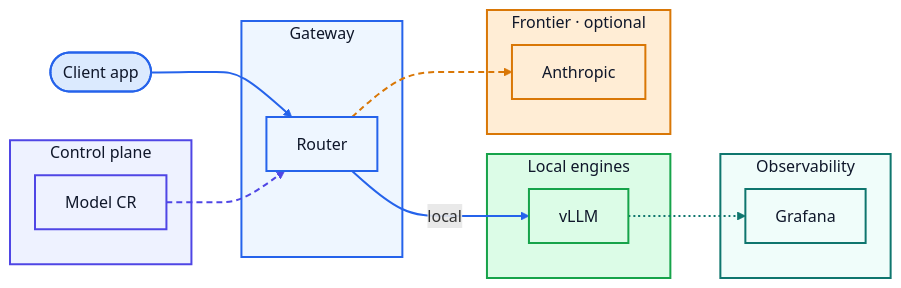
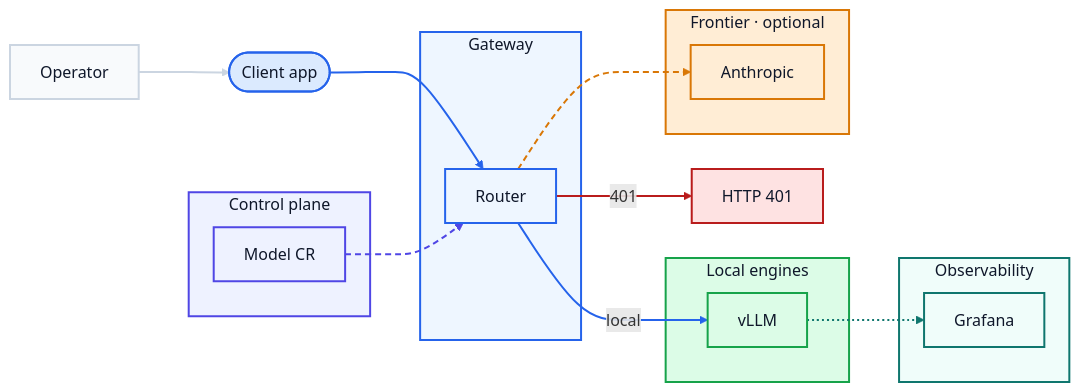
The diagram in docs/contributing/mermaid/diagramming-conventions-sample.mmd (spectrocloud/librarium), drawn with Mermaid before and after one commit. The commit also changed 2 other files, not shown here.

Commit message:
no-mistakes(review): extend diagram sample with neutral+deny roles; align arrow rule

```diff
--- a/docs/contributing/mermaid/diagramming-conventions-sample.mmd
+++ b/docs/contributing/mermaid/diagramming-conventions-sample.mmd
@@ -1,46 +1,54 @@
 flowchart LR
+    operator[Operator]:::neutral
     client([Client app]):::start
+    denied[HTTP 401]:::deny
 
     subgraph gateway_box[Gateway]
         router[Router]:::dataplane
     end
     class gateway_box dataplane
 
     subgraph local_box[Local engines]
         engine[vLLM]:::local
     end
     class local_box local
 
     subgraph frontier_box[Frontier · optional]
         provider[Anthropic]:::frontier
     end
     class frontier_box frontier
 
     subgraph control_box[Control plane]
         model_cr[Model CR]:::control
     end
     class control_box control
 
     subgraph obs_box[Observability]
         grafana[Grafana]:::obs
     end
     class obs_box obs
 
+    operator --> client
     client --> router
     router -- local --> engine
     router -.-> provider
+    router -- 401 --> denied
     model_cr -.-> router
     engine -.-> grafana
 
     classDef start fill:#dbeafe,stroke:#2563eb,color:#0f172a,stroke-width:2px;
     classDef dataplane fill:#eef6ff,stroke:#2563eb,color:#0f172a,stroke-width:2px;
     classDef control fill:#eef2ff,stroke:#4f46e5,color:#0f172a,stroke-width:2px;
     classDef local fill:#dcfce7,stroke:#16a34a,color:#0f172a,stroke-width:2px;
     classDef frontier fill:#ffedd5,stroke:#d97706,color:#0f172a,stroke-width:2px;
     classDef obs fill:#f0fdfa,stroke:#0f766e,color:#0f172a,stroke-width:2px;
+    classDef deny fill:#fee2e2,stroke:#b91c1c,color:#0f172a,stroke-width:2px;
+    classDef neutral fill:#f8fafc,stroke:#cbd5e1,color:#0f172a,stroke-width:2px;
 
-    linkStyle 0 stroke:#2563eb,stroke-width:2px;
+    linkStyle 0 stroke:#cbd5e1,stroke-width:2px;
     linkStyle 1 stroke:#2563eb,stroke-width:2px;
-    linkStyle 2 stroke:#d97706,stroke-width:2px,stroke-dasharray:6 4;
-    linkStyle 3 stroke:#4f46e5,stroke-width:2px,stroke-dasharray:6 4;
-    linkStyle 4 stroke:#0f766e,stroke-width:2px,stroke-dasharray:2 3;
+    linkStyle 2 stroke:#2563eb,stroke-width:2px;
+    linkStyle 3 stroke:#d97706,stroke-width:2px,stroke-dasharray:6 4;
+    linkStyle 4 stroke:#b91c1c,stroke-width:2px;
+    linkStyle 5 stroke:#4f46e5,stroke-width:2px,stroke-dasharray:6 4;
+    linkStyle 6 stroke:#0f766e,stroke-width:2px,stroke-dasharray:2 3;
```
